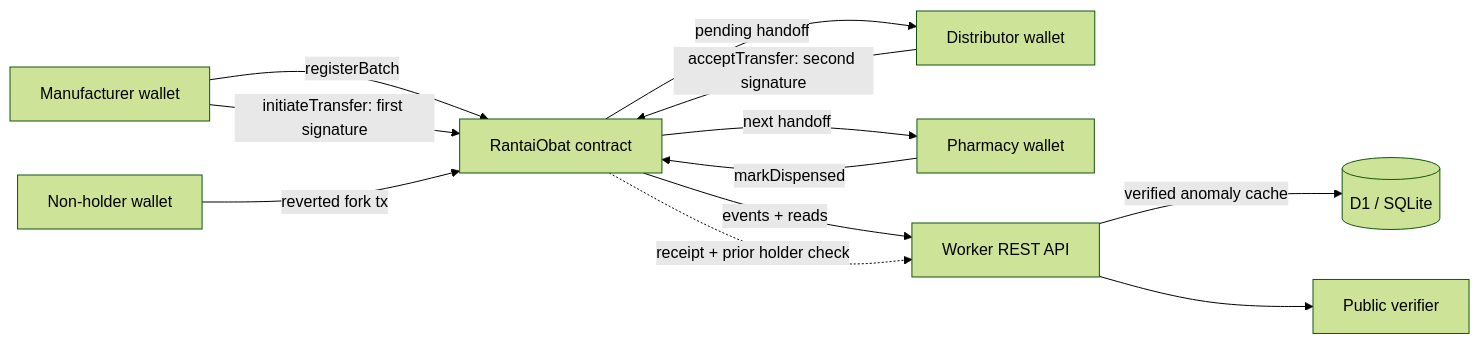
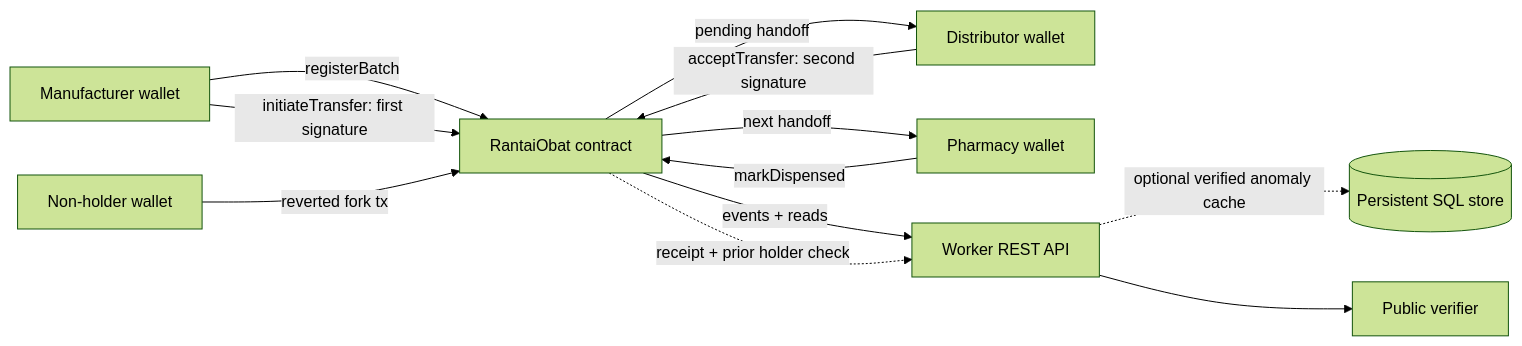
The diagram in README.md (MohanChippala123/rantaiobat), drawn with Mermaid (forest theme) before and after one commit. The commit also changed other lines of this file and 11 other files, not shown here.

````diff
--- a/README.md
+++ b/README.md
@@ -20,14 +22,14 @@
 ```mermaid
 flowchart LR
   M[Manufacturer wallet] -->|registerBatch| C[RantaiObat contract]
   M -->|initiateTransfer: first signature| C
   C -->|pending handoff| D[Distributor wallet]
   D -->|acceptTransfer: second signature| C
   C -->|next handoff| P[Pharmacy wallet]
   P -->|markDispensed| C
   C -->|events + reads| A[Worker REST API]
-  A -->|verified anomaly cache| DB[(D1 / SQLite)]
+  A -. optional verified anomaly cache .-> DB[(Persistent SQL store)]
   A --> V[Public verifier]
   X[Non-holder wallet] -->|reverted fork tx| C
   C -. receipt + prior holder check .-> A
 ```
````
